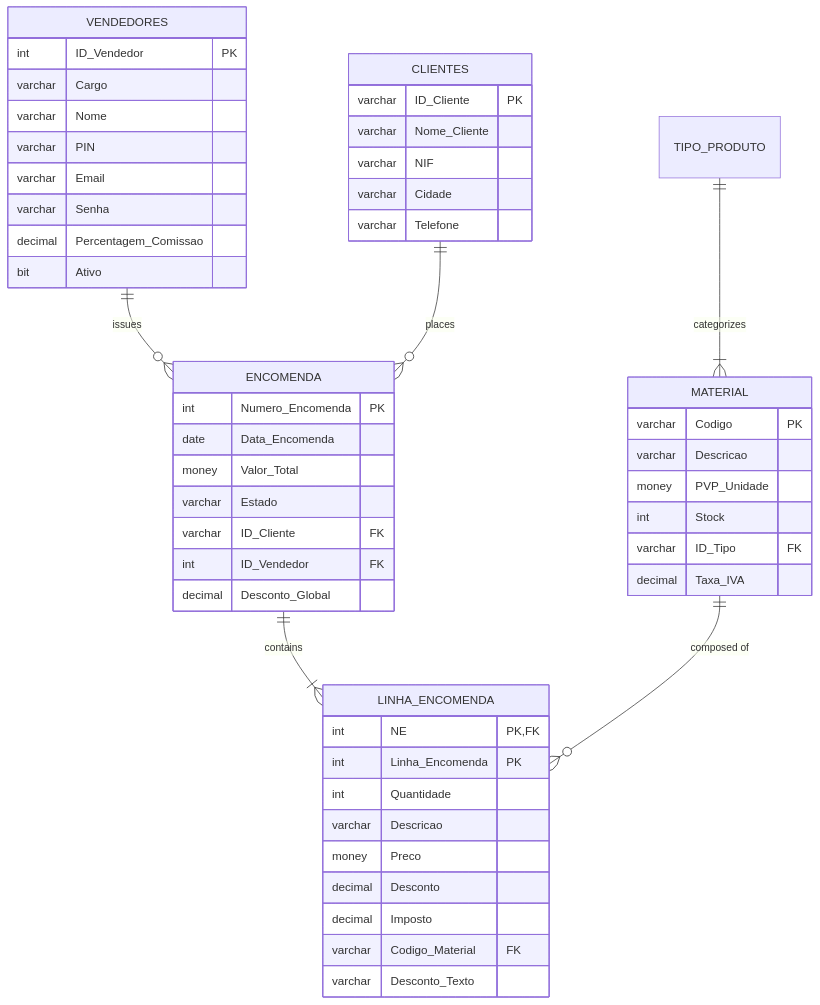
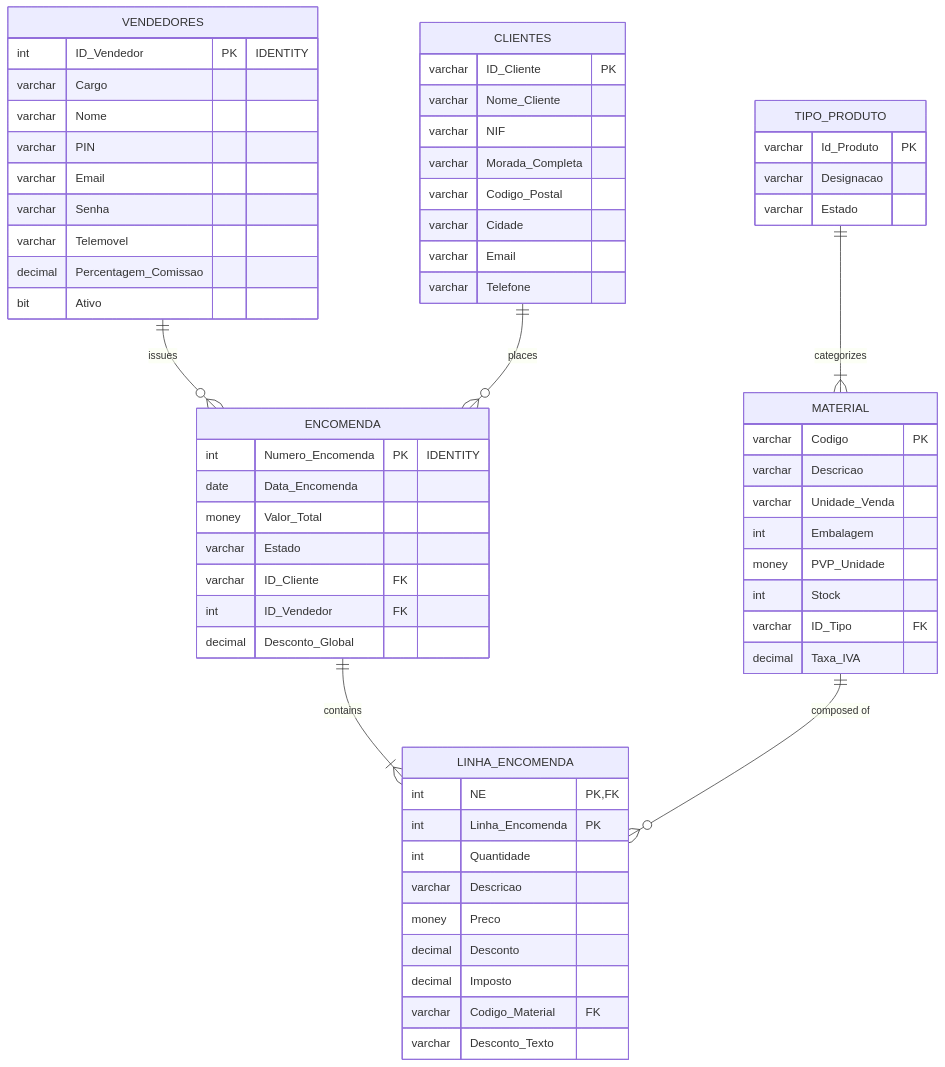
One commit to Afonsojlc/commercial-sales-manager changed the diagram in README.md. Above: the diagram before and after it, drawn with Mermaid.

Commit message:
Update database schema in README.md
Added new fields to VENDEDORES, CLIENTES, and MATERIAL tables in the database schema.

````diff
--- a/README.md
+++ b/README.md
@@ -99,58 +99,64 @@
 ```mermaid
 erDiagram
     VENDEDORES ||--o{ ENCOMENDA : "issues"
     CLIENTES ||--o{ ENCOMENDA : "places"
     ENCOMENDA ||--|{ LINHA_ENCOMENDA : "contains"
     TIPO_PRODUTO ||--|{ MATERIAL : "categorizes"
     MATERIAL ||--o{ LINHA_ENCOMENDA : "composed of"
-
     VENDEDORES {
-        int ID_Vendedor PK
+        int ID_Vendedor PK "IDENTITY"
         varchar Cargo
         varchar Nome
         varchar PIN
         varchar Email
         varchar Senha
+        varchar Telemovel
         decimal Percentagem_Comissao
         bit Ativo
     }
-
     CLIENTES {
         varchar ID_Cliente PK
         varchar Nome_Cliente
         varchar NIF
+        varchar Morada_Completa
+        varchar Codigo_Postal
         varchar Cidade
+        varchar Email
         varchar Telefone
     }
-
+    TIPO_PRODUTO {
+        varchar Id_Produto PK
+        varchar Designacao
+        varchar Estado
+    }
     MATERIAL {
         varchar Codigo PK
         varchar Descricao
+        varchar Unidade_Venda
+        int Embalagem
         money PVP_Unidade
         int Stock
         varchar ID_Tipo FK
         decimal Taxa_IVA
     }
-
     ENCOMENDA {
-        int Numero_Encomenda PK
+        int Numero_Encomenda PK "IDENTITY"
         date Data_Encomenda
         money Valor_Total
         varchar Estado
         varchar ID_Cliente FK
         int ID_Vendedor FK
         decimal Desconto_Global
     }
-
     LINHA_ENCOMENDA {
         int NE PK,FK
         int Linha_Encomenda PK
         int Quantidade
         varchar Descricao
         money Preco
         decimal Desconto
         decimal Imposto
         varchar Codigo_Material FK
         varchar Desconto_Texto
     }
 ```
````
